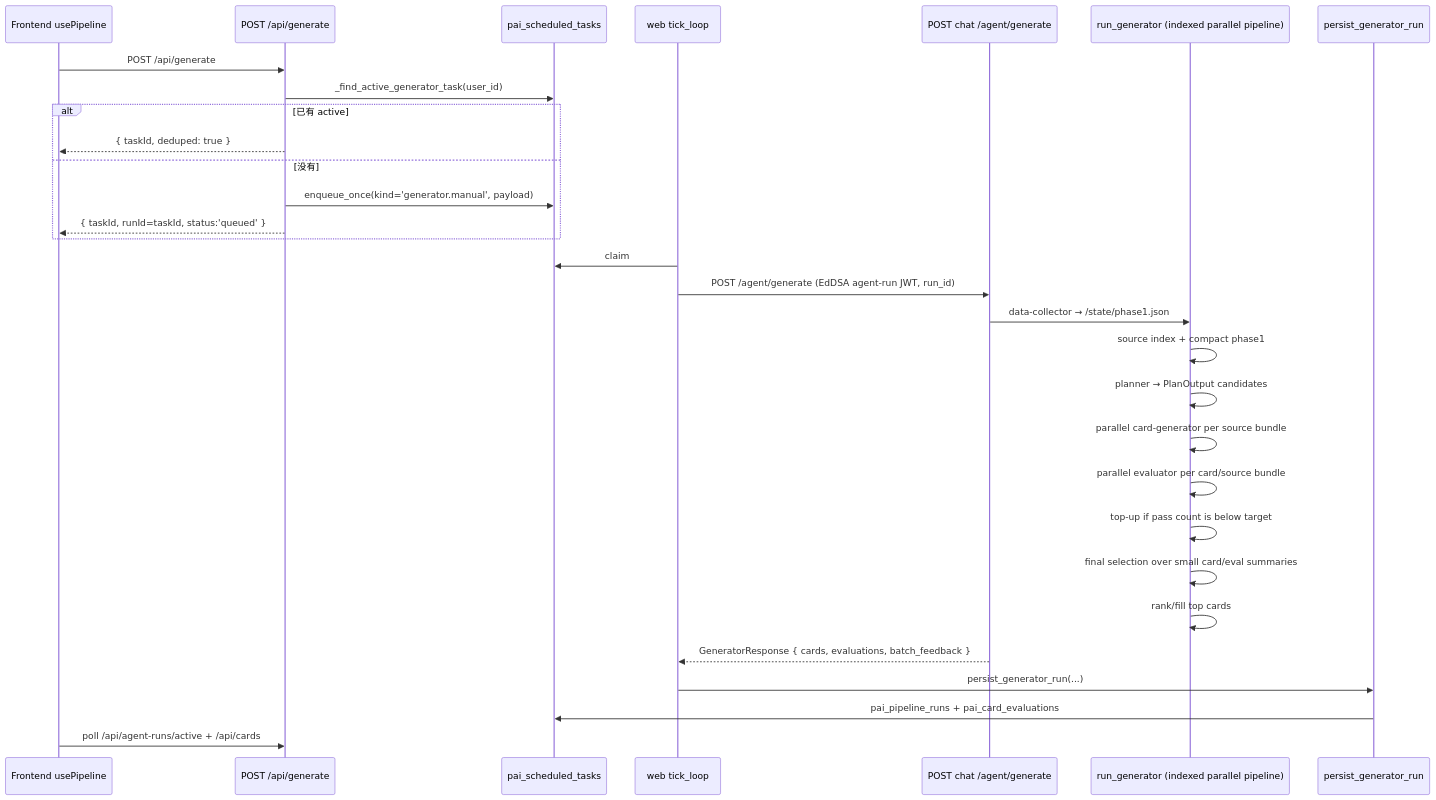
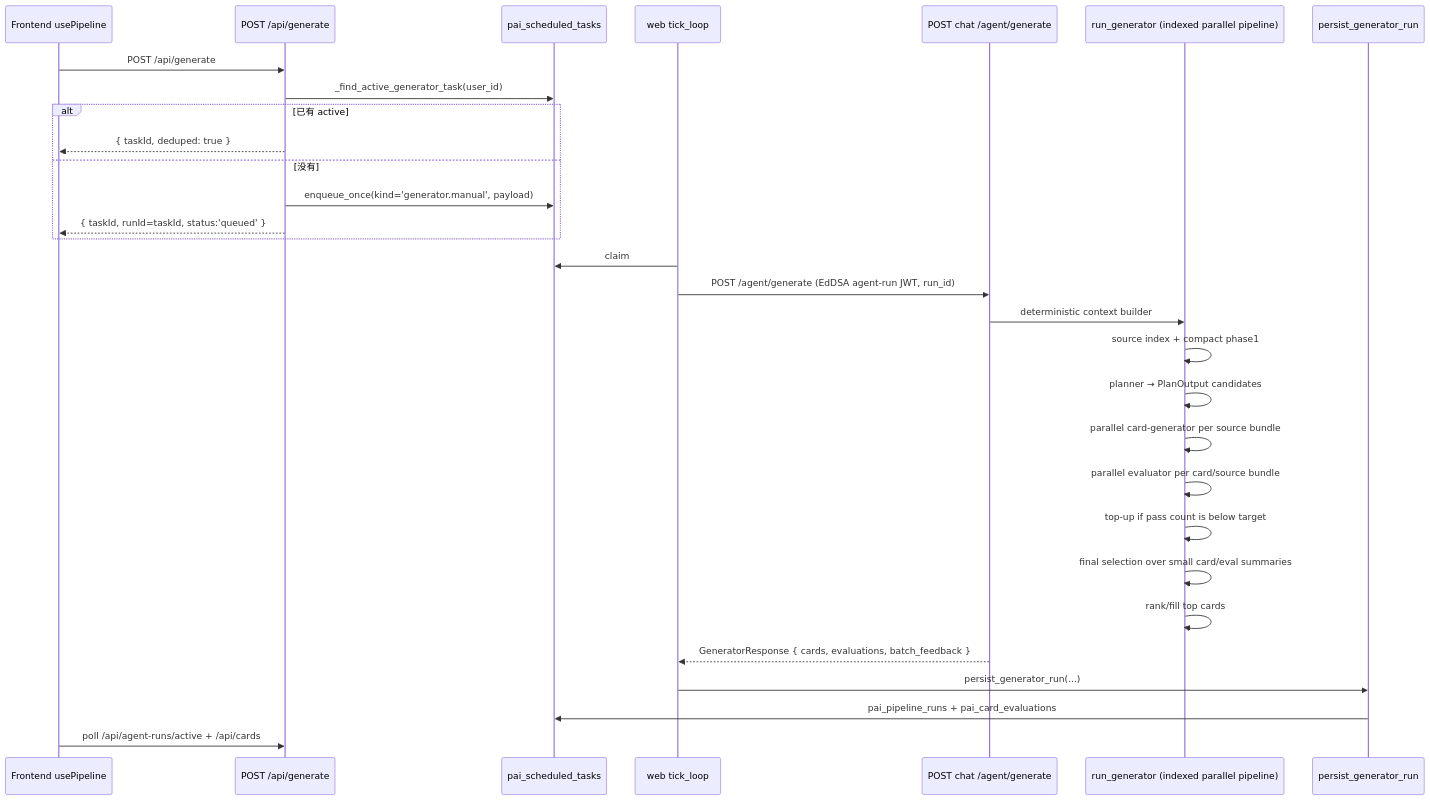
One commit to Edge-AI-HQ/proactive-assistant changed the second of 2 diagrams in docs/modules/generation.mdx. Above: the diagram before and after it, drawn with Mermaid. The commit also changed other lines of this file and 14 other files, not shown here.

````diff
--- a/docs/modules/generation.mdx
+++ b/docs/modules/generation.mdx
@@ -52,33 +52,33 @@
 ```mermaid
 sequenceDiagram
   participant FE as Frontend usePipeline
   participant Web as POST /api/generate
   participant DB as pai_scheduled_tasks
   participant Sched as web tick_loop
   participant Chat as POST chat /agent/generate
   participant Agent as run_generator (indexed parallel pipeline)
   participant Save as persist_generator_run
 
   FE->>Web: POST /api/generate
   Web->>DB: _find_active_generator_task(user_id)
   alt 已有 active
     Web-->>FE: { taskId, deduped: true }
   else 没有
     Web->>DB: enqueue_once(kind='generator.manual', payload)
     Web-->>FE: { taskId, runId=taskId, status:'queued' }
   end
   Sched->>DB: claim
   Sched->>Chat: POST /agent/generate (EdDSA agent-run JWT, run_id)
-  Chat->>Agent: data-collector → /state/phase1.json
+  Chat->>Agent: deterministic context builder
   Agent->>Agent: source index + compact phase1
   Agent->>Agent: planner → PlanOutput candidates
   Agent->>Agent: parallel card-generator per source bundle
   Agent->>Agent: parallel evaluator per card/source bundle
   Agent->>Agent: top-up if pass count is below target
   Agent->>Agent: final selection over small card/eval summaries
   Agent->>Agent: rank/fill top cards
   Chat-->>Sched: GeneratorResponse { cards, evaluations, batch_feedback }
   Sched->>Save: persist_generator_run(...)
   Save->>DB: pai_pipeline_runs + pai_card_evaluations
   FE->>Web: poll /api/agent-runs/active + /api/cards
 ```
````
